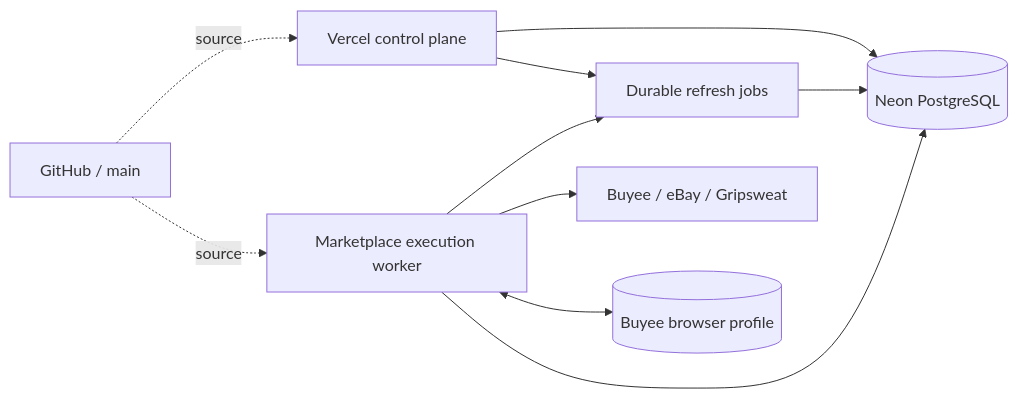
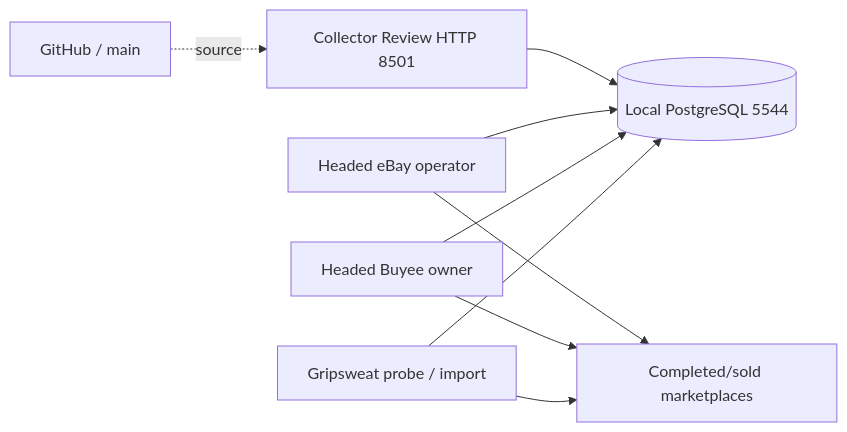
The second of 2 diagrams in README.md (TomWang22/auction-etl), drawn with Mermaid before and after one commit. The commit also changed other lines of this file and 127 other files, not shown here.

````diff
--- a/README.md
+++ b/README.md
@@ -288,22 +375,19 @@
 ```mermaid
 flowchart LR
     Git["GitHub / main"]
-    Vercel["Vercel control plane"]
-    Neon[("Neon PostgreSQL")]
-    Jobs["Durable refresh jobs"]
-    Worker["Marketplace execution worker"]
-    Sources["Buyee / eBay / Gripsweat"]
-    Profile[("Buyee browser profile")]
+    UI["Collector Review HTTP 8501"]
+    DB[("Local PostgreSQL 5544")]
+    EbayOp["Headed eBay operator"]
+    Buyee["Headed Buyee owner"]
+    Grip["Gripsweat probe / import"]
+    Sources["Completed/sold marketplaces"]
 
-    Git -. source .-> Vercel
-    Git -. source .-> Worker
-
-    Vercel --> Neon
-    Vercel --> Jobs
-    Jobs --> Neon
-
-    Worker --> Jobs
-    Worker --> Sources
-    Worker <--> Profile
-    Worker --> Neon
+    Git -. source .-> UI
+    UI --> DB
+    EbayOp --> Sources
+    Buyee --> Sources
+    Grip --> Sources
+    EbayOp --> DB
+    Buyee --> DB
+    Grip --> DB
 ```
````
